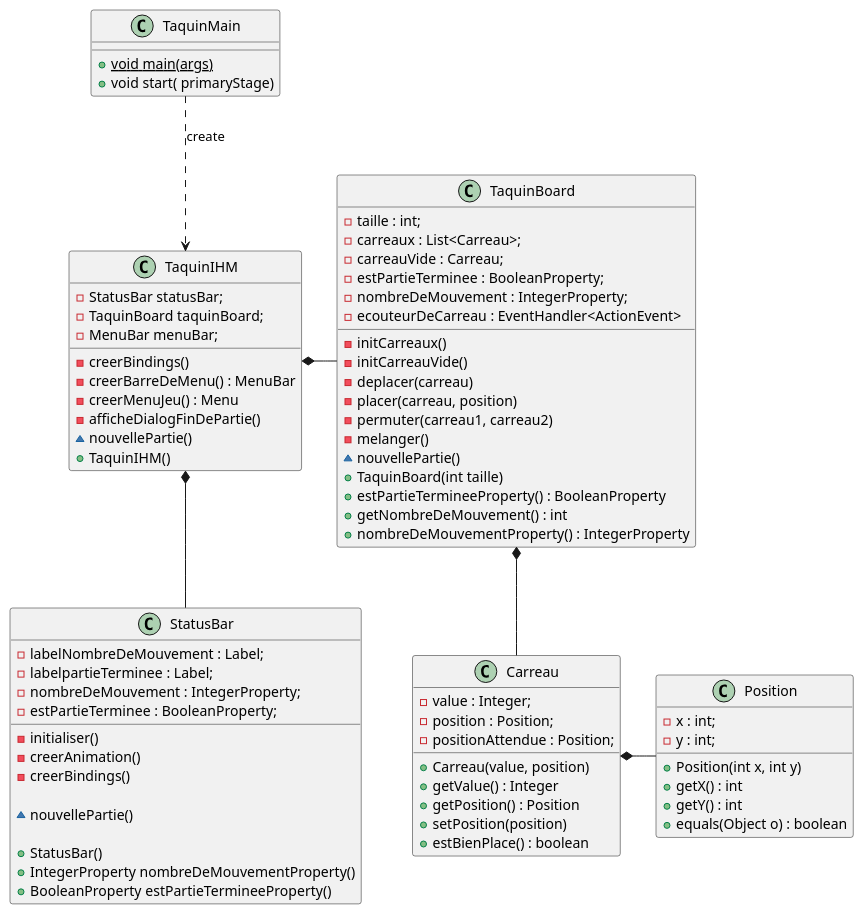
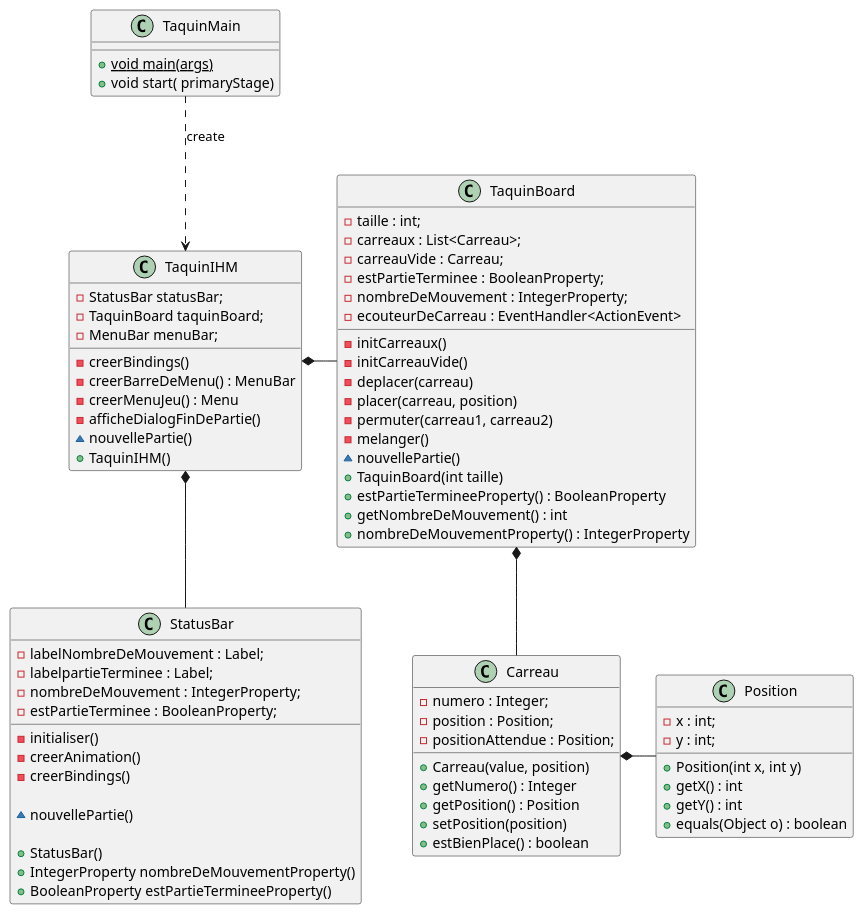
Before and after one commit to deborah-jabes/TestIHM2017: the diagram in src/main/resources/taquin.puml, drawn with PlantUML. The commit also changed 4 other files, not shown here.

```diff
--- a/src/main/resources/taquin.puml
+++ b/src/main/resources/taquin.puml
@@ -1,88 +1,88 @@
 @startuml
 class Carreau {
-    - value : Integer;
+    - numero : Integer;
     - position : Position;
     - positionAttendue : Position;
     + Carreau(value, position)
-    + getValue() : Integer
+    + getNumero() : Integer
     + getPosition() : Position
     + setPosition(position)
     + estBienPlace() : boolean
 }
 
 class Position {
     - x : int;
     - y : int;
     + Position(int x, int y)
     + getX() : int
     + getY() : int
     + equals(Object o) : boolean
 }
 
 class StatusBar {
     - labelNombreDeMouvement : Label;
     - labelpartieTerminee : Label;
     - nombreDeMouvement : IntegerProperty;
     - estPartieTerminee : BooleanProperty;
     - initialiser()
     - creerAnimation()
     - creerBindings()
 
     ~ nouvellePartie()
 
     + StatusBar()
     + IntegerProperty nombreDeMouvementProperty()
     + BooleanProperty estPartieTermineeProperty() 
 }
 
 class TaquinBoard {
     - taille : int;
     - carreaux : List<Carreau>;
     - carreauVide : Carreau;
     - estPartieTerminee : BooleanProperty;
     - nombreDeMouvement : IntegerProperty;
     - ecouteurDeCarreau : EventHandler<ActionEvent>
 
     
     - initCarreaux() 
     - initCarreauVide()
     - deplacer(carreau)
     - placer(carreau, position)
     - permuter(carreau1, carreau2)
     - melanger()
     ~ nouvellePartie()
     + TaquinBoard(int taille)
     + estPartieTermineeProperty() : BooleanProperty
     + getNombreDeMouvement() : int
     + nombreDeMouvementProperty() : IntegerProperty
 }
 
 class TaquinIHM {
     - StatusBar statusBar;
     - TaquinBoard taquinBoard;
     - MenuBar menuBar;
     - creerBindings()
     - creerBarreDeMenu() : MenuBar
     - creerMenuJeu() : Menu
     - afficheDialogFinDePartie()
     ~ nouvellePartie()
     + TaquinIHM() 
 }
 
 class TaquinMain {
     + {static} void main(args)
     + void start( primaryStage)
 }
 TaquinIHM *-- StatusBar
 
 TaquinIHM *- TaquinBoard
 
 
 TaquinMain ..> TaquinIHM : "create"
 
 TaquinBoard *-- Carreau
 
 Carreau *- Position
 
 
 @enduml
```
